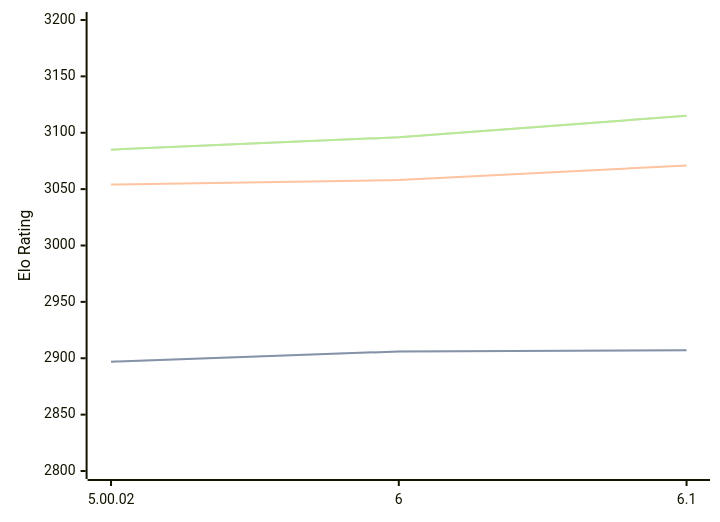
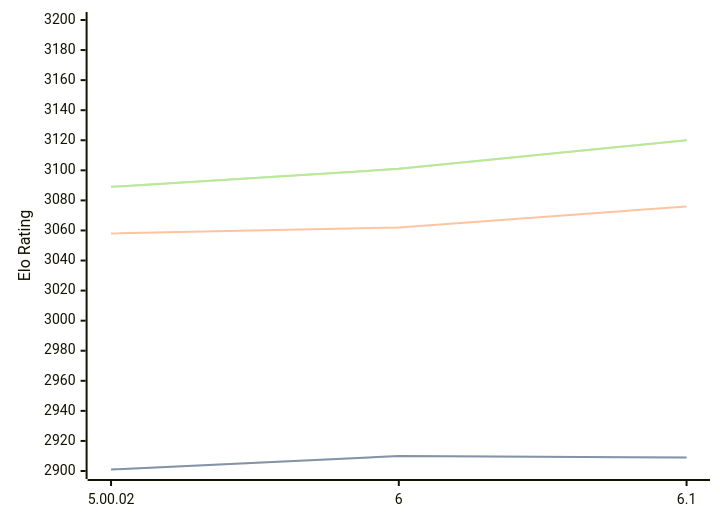
Before and after one commit to computer-chess-index/cci: the diagram in engines/Zangdar.md, drawn with Mermaid. The commit also changed other lines of this file, not shown here.

Commit message:
Update CCI Ratings (ELO VLTC) - 2026-02-24

````diff
--- a/engines/Zangdar.md
+++ b/engines/Zangdar.md
@@ -42,11 +42,11 @@
 ```mermaid
 %%{init: {"theme":"base","themeVariables":{"seriesColors:['#a3a3a3','#222221','#faa371']}}}%%
 xychart-beta
   x-axis ["5.00.02", "6", "6.1"]
-  y-axis "Elo Rating" 2800 --> 3200
-  line "STC (8.0+0.08s)" [2897, 2906, 2907]
-  line "STC (8.0+0.08s)" [2897, 2906, 2907]
-  line "LTC (60.0+0.60s)" [3054, 3058, 3071]
-  line "VLTC (2m24s+1.12s)" [3085, 3096, 3115]
-  line "VLTC (2m24s+1.12s)" [3085, 3096, 3115]
+  y-axis "Elo Rating" 2900 --> 3200
+  line "STC (8.0+0.08s)" [2901, 2910, 2909]
+  line "STC (8.0+0.08s)" [2901, 2910, 2909]
+  line "LTC (60.0+0.60s)" [3058, 3062, 3076]
+  line "VLTC (2m24s+1.12s)" [3089, 3101, 3120]
+  line "VLTC (2m24s+1.12s)" [3089, 3101, 3120]
 ```
````
